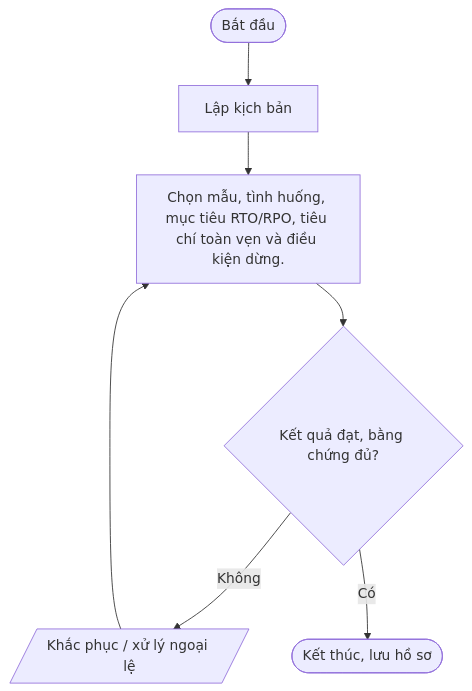
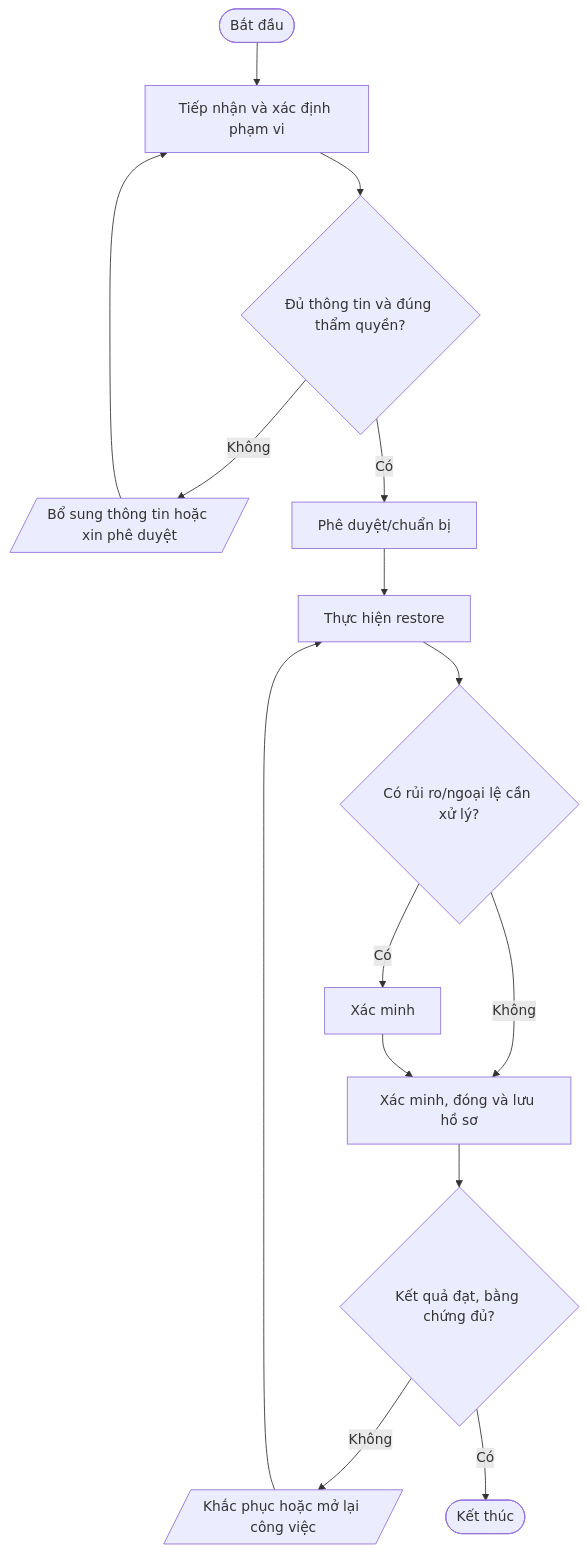
One commit to daoaigiangnam/Quy_Trinh_Chuan changed the second of 5 diagrams in quy-trinh/04-Backup-BCP-DR/README.md. Above: the diagram before and after it, drawn with Mermaid. The commit also changed other lines of this file, not shown here.

Commit message:
docs: refine detailed procedure steps and Mermaid flowcharts

````diff
--- a/quy-trinh/04-Backup-BCP-DR/README.md
+++ b/quy-trinh/04-Backup-BCP-DR/README.md
@@ -118,11 +139,17 @@
 ```mermaid
 flowchart TD
-  A([Bắt đầu]) --> S1
-  S1["Lập kịch bản"]
-  S2["Chọn mẫu, tình huống, mục tiêu RTO/RPO, tiêu chí toàn vẹn và điều kiện dừng."]
-  S1 --> S2
-  S2 --> D2{"Kết quả đạt, bằng chứng đủ?"}
-  D2 -- Không --> REWORK[/"Khắc phục / xử lý ngoại lệ"/]
-  REWORK --> S2
-  D2 -- Có --> Z([Kết thúc, lưu hồ sơ])
+  A([Bắt đầu]) --> S1["Tiếp nhận và xác định phạm vi"]
+  S1 --> D1{"Đủ thông tin và đúng thẩm quyền?"}
+  D1 -- Không --> F1[/"Bổ sung thông tin hoặc xin phê duyệt"/]
+  F1 --> S1
+  D1 -- Có --> S2["Phê duyệt/chuẩn bị"]
+  S2 --> S3["Thực hiện restore"]
+  S3 --> D2{"Có rủi ro/ngoại lệ cần xử lý?"}
+  D2 -- Có --> S4["Xác minh"]
+  D2 -- Không --> S5["Xác minh, đóng và lưu hồ sơ"]
+  S4 --> S5
+  S5 --> D3{"Kết quả đạt, bằng chứng đủ?"}
+  D3 -- Không --> R[/"Khắc phục hoặc mở lại công việc"/]
+  R --> S3
+  D3 -- Có --> Z([Kết thúc])
 ```
````
